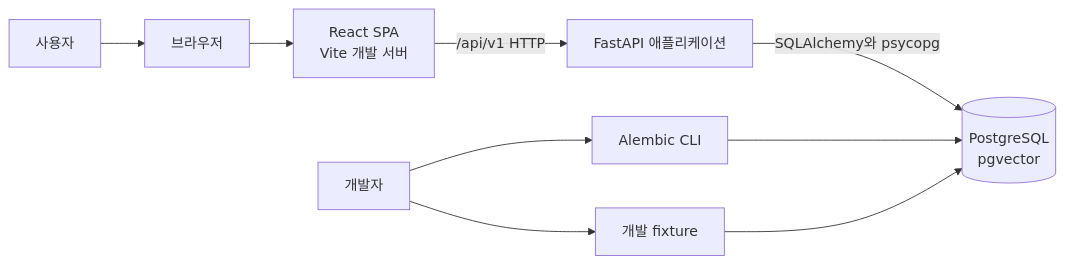
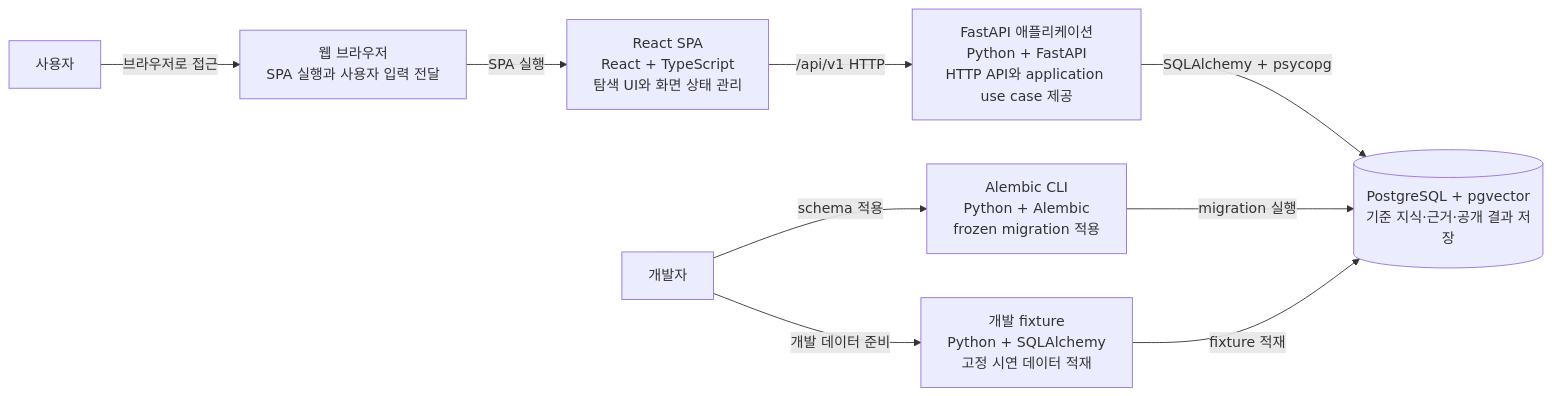
One commit to studylida/ontology-map changed the second of 4 diagrams in docs/architecture/README.md. Above: the diagram before and after it, drawn with Mermaid. The commit also changed other lines of this file, not shown here.

Commit message:
docs: C4 다이어그램의 책임과 관계를 명확화

````diff
--- a/docs/architecture/README.md
+++ b/docs/architecture/README.md
@@ -34,14 +34,14 @@
 ```mermaid
 flowchart LR
     User[사용자]
-    Browser[브라우저]
-    Web[React SPA<br/>Vite 개발 서버]
-    API[FastAPI 애플리케이션]
-    DB[(PostgreSQL<br/>pgvector)]
+    Browser[웹 브라우저<br/>SPA 실행과 사용자 입력 전달]
+    Web[React SPA<br/>React + TypeScript<br/>탐색 UI와 화면 상태 관리]
+    API[FastAPI 애플리케이션<br/>Python + FastAPI<br/>HTTP API와 application use case 제공]
+    DB[(PostgreSQL + pgvector<br/>기준 지식·근거·공개 결과 저장)]
     Developer[개발자]
-    Alembic[Alembic CLI]
-    Fixture[개발 fixture]
-    User --> Browser --> Web -->|/api/v1 HTTP| API -->|SQLAlchemy와 psycopg| DB
-    Developer --> Alembic --> DB
-    Developer --> Fixture --> DB
+    Alembic[Alembic CLI<br/>Python + Alembic<br/>frozen migration 적용]
+    Fixture[개발 fixture<br/>Python + SQLAlchemy<br/>고정 시연 데이터 적재]
+    User -->|브라우저로 접근| Browser -->|SPA 실행| Web -->|/api/v1 HTTP| API -->|SQLAlchemy + psycopg| DB
+    Developer -->|schema 적용| Alembic -->|migration 실행| DB
+    Developer -->|개발 데이터 준비| Fixture -->|fixture 적재| DB
 ```
````
